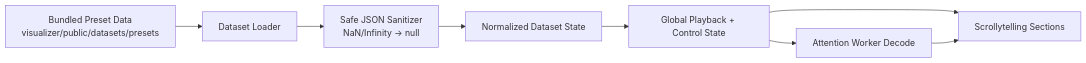
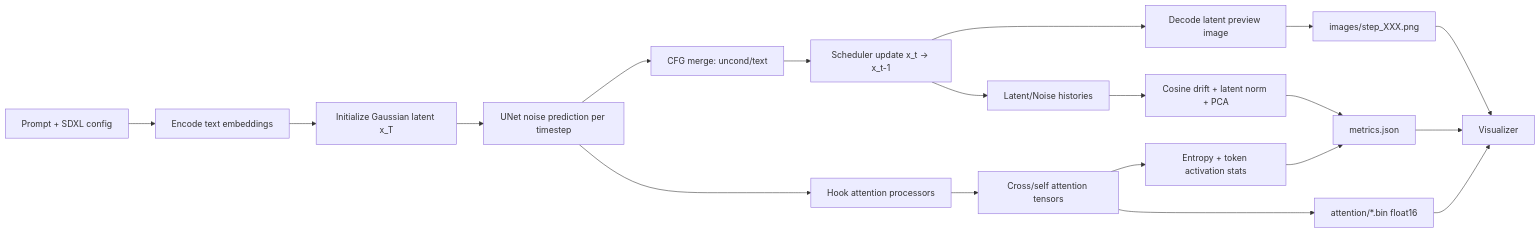
One commit to Vedang-P/Diffusion-visualizer-v2 changed the diagram in README.md. Above: the diagram before and after it, drawn with Mermaid. The commit also changed other lines of this file and 6 other files, not shown here.

````diff
--- a/README.md
+++ b/README.md
@@ -24,10 +58,21 @@
 ```mermaid
 flowchart LR
-  A[Bundled Preset Data\nvisualizer/public/datasets/presets] --> B[Dataset Loader]
-  B --> C[Safe JSON Sanitizer\nNaN/Infinity -> null]
-  C --> D[Normalized Dataset State]
-  D --> E[Global Playback + Control State]
-  E --> F[Scrollytelling Sections]
-  E --> G[Attention Worker Decode]
-  G --> F
+  A[Prompt + SDXL config] --> B[Encode text embeddings]
+  B --> C[Initialize Gaussian latent x_T]
+  C --> D[UNet noise prediction per timestep]
+  D --> E[CFG merge: uncond/text]
+  E --> F[Scheduler update x_t -> x_t-1]
+  F --> G[Decode latent preview image]
+  D --> H[Hook attention processors]
+  H --> I[Cross/self attention tensors]
+  F --> J[Latent/Noise histories]
+  I --> K[Entropy + token activation stats]
+  J --> L[Cosine drift + latent norm + PCA]
+  K --> M[metrics.json]
+  L --> M
+  G --> N[images/step_XXX.png]
+  I --> O[attention/*.bin float16]
+  M --> P[Visualizer]
+  N --> P
+  O --> P
 ```
````
